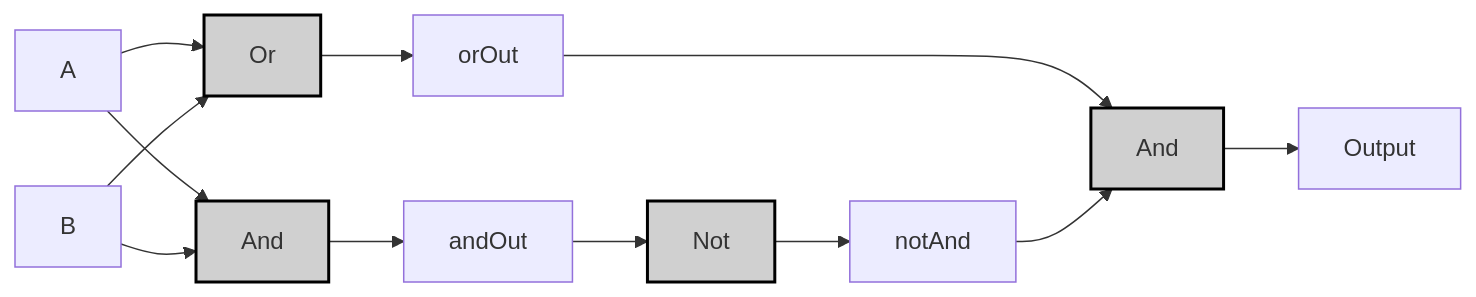
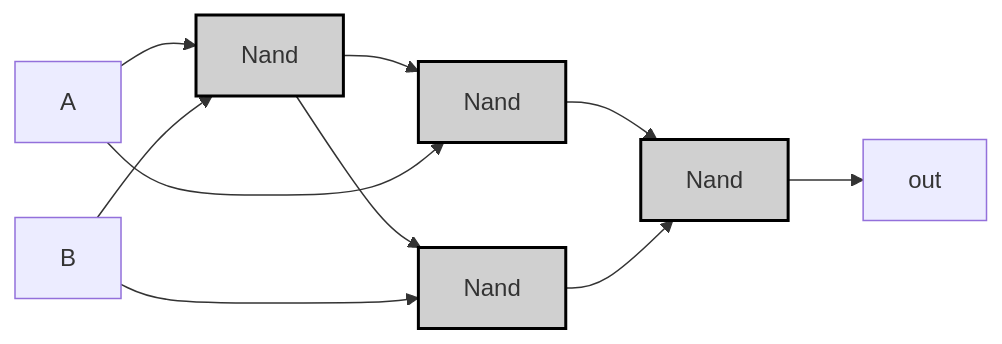
Before and after one commit to MeJamoLeo/Vault_Templates: the second of 2 diagrams in 99_Projects/Nand2Tetris/HackHDL/04_Xor.md, drawn with Mermaid. The commit also changed other lines of this file, not shown here.

````diff
--- a/99_Projects/Nand2Tetris/HackHDL/04_Xor.md
+++ b/99_Projects/Nand2Tetris/HackHDL/04_Xor.md
@@ -213,19 +61,14 @@
 ```mermaid
 graph LR;
-    A["A"] --> Or0;
-    B["B"] --> Or0;
-    Or0["Or"]:::gate --> orOut["orOut"];
-
-    A["A"] --> And0;
-    B["B"] --> And0;
-    And0["And"]:::gate --> andOut["andOut"];
-
-    andOut --> Not0;
-    Not0["Not"]:::gate --> notAnd["notAnd"];
-
-    orOut --> And1;
-    notAnd --> And1;
-    And1["And"]:::gate --> OUT["Output"];
-
+    A["A"] --> Nand1;
+    B["B"] --> Nand1;
+    Nand1["Nand"]:::gate --> Nand2["Nand"]:::gate;
+    A --> Nand2;
+    Nand1 --> Nand3["Nand"]:::gate;
+    B --> Nand3;
+    Nand2 --> Nand4["Nand"]:::gate;
+    Nand3 --> Nand4;
+    Nand4 --> OUT["out"];
+    
     classDef gate fill:#d0d0d0,stroke:#000,stroke-width:2px;
 ```
````
